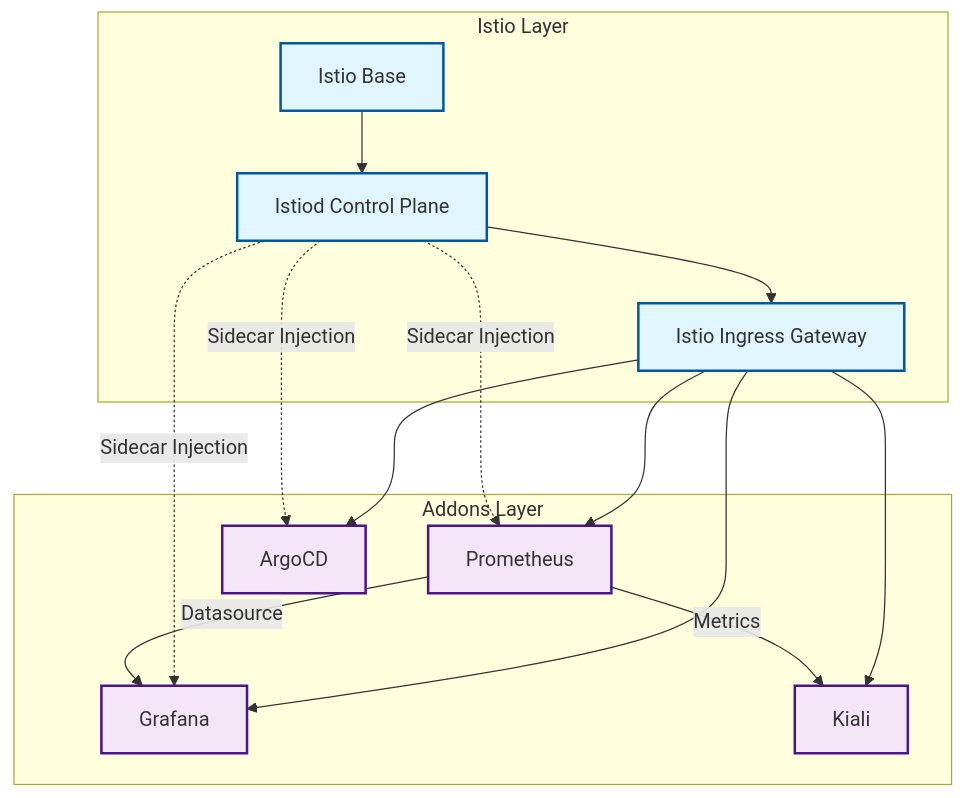
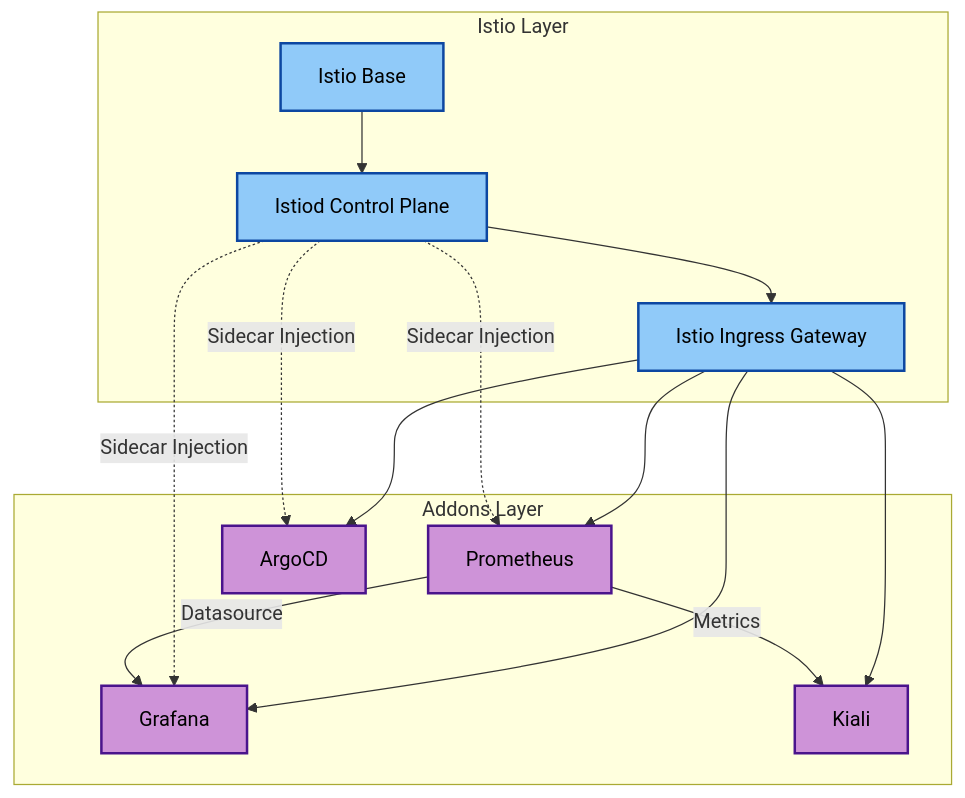
One commit to orbitcluster/oc-terraform-module-custom-addons changed the diagram in README.md. Above: the diagram before and after it, drawn with Mermaid.

Commit message:
feat: Update cluster configs to use ingress gateways

````diff
--- a/README.md
+++ b/README.md
@@ -35,28 +35,28 @@
 ```mermaid
 graph TD
     subgraph "Istio Layer"
         Base[Istio Base] --> Istiod[Istiod Control Plane]
         Istiod --> Ingress[Istio Ingress Gateway]
     end
 
     subgraph "Addons Layer"
         Ingress --> Prom[Prometheus]
         Ingress --> Graf[Grafana]
         Ingress --> Argo[ArgoCD]
         Ingress --> Kiali
     end
 
     Istiod -.->|Sidecar Injection| Prom
     Istiod -.->|Sidecar Injection| Graf
     Istiod -.->|Sidecar Injection| Argo
 
     Prom -->|Datasource| Graf
     Prom -->|Metrics| Kiali
 
     %% Styling
-    classDef istio fill:#e1f5fe,stroke:#01579b,stroke-width:2px;
-    classDef addon fill:#f3e5f5,stroke:#4a148c,stroke-width:2px;
+    classDef istio fill:#90caf9,stroke:#0d47a1,stroke-width:2px,color:#000;
+    classDef addon fill:#ce93d8,stroke:#4a148c,stroke-width:2px,color:#000;
 
     class Base,Istiod,Ingress istio;
     class Prom,Graf,Argo,Kiali addon;
 ```
````
